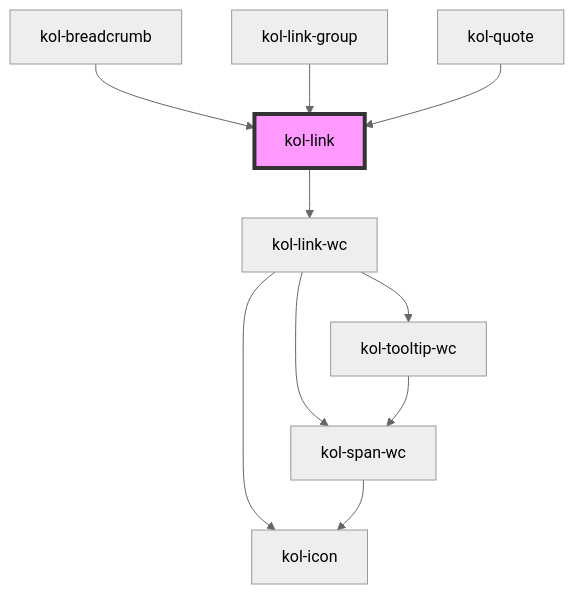
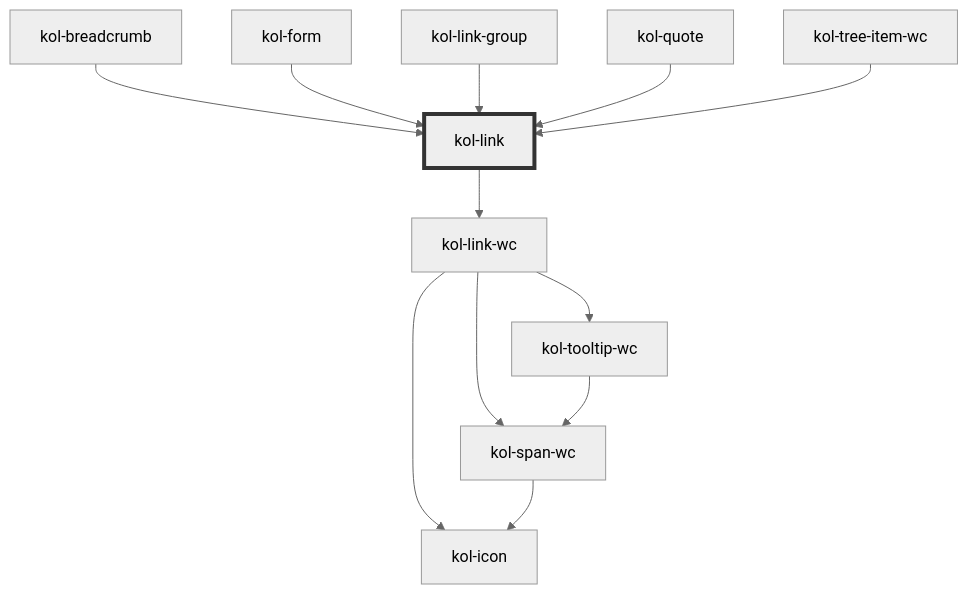
Before and after one commit to public-ui/public-ui.github.io: the diagram in dev/versioned_readmes/2.0/link/readme.md, drawn with Mermaid (neutral theme). The commit also changed other lines of this file and 184 other files, not shown here.

````diff
--- a/dev/versioned_readmes/2.0/link/readme.md
+++ b/dev/versioned_readmes/2.0/link/readme.md
@@ -109,13 +108,15 @@
 ```mermaid
 graph TD;
   kol-link --> kol-link-wc
   kol-link-wc --> kol-span-wc
   kol-link-wc --> kol-icon
   kol-link-wc --> kol-tooltip-wc
   kol-span-wc --> kol-icon
   kol-tooltip-wc --> kol-span-wc
   kol-breadcrumb --> kol-link
+  kol-form --> kol-link
   kol-link-group --> kol-link
   kol-quote --> kol-link
-  style kol-link fill:#f9f,stroke:#333,stroke-width:4px
+  kol-tree-item-wc --> kol-link
+  style kol-link stroke:#333,stroke-width:4px
 ```
````
